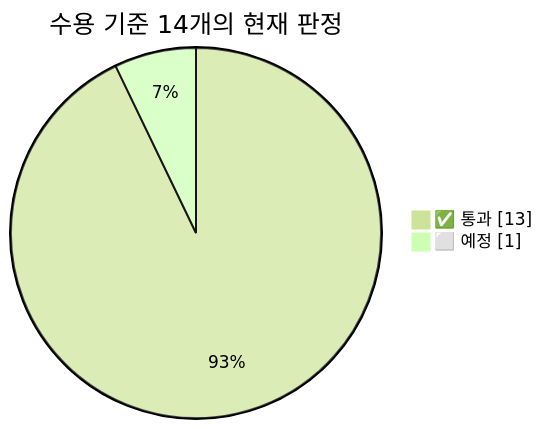
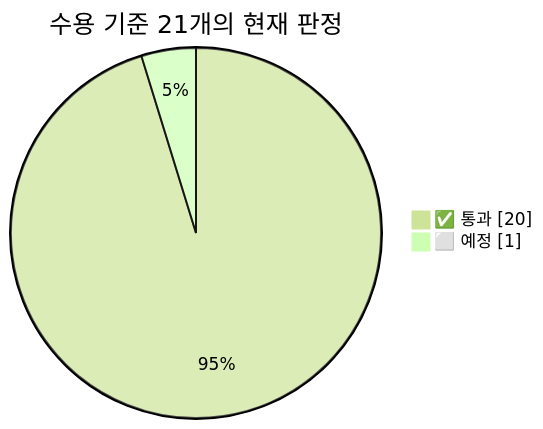
The fourth of 6 diagrams in docs/SPEC.md (Youngmin17/TriCast), drawn with Mermaid (forest theme) before and after one commit. The commit also changed other lines of this file and 7 other files, not shown here.

````diff
--- a/docs/SPEC.md
+++ b/docs/SPEC.md
@@ -380,6 +446,6 @@
 ```mermaid
 pie showData
-    title 수용 기준 14개의 현재 판정
-    "✅ 통과" : 13
+    title 수용 기준 21개의 현재 판정
+    "✅ 통과" : 20
     "⬜ 예정" : 1
 ```
````
